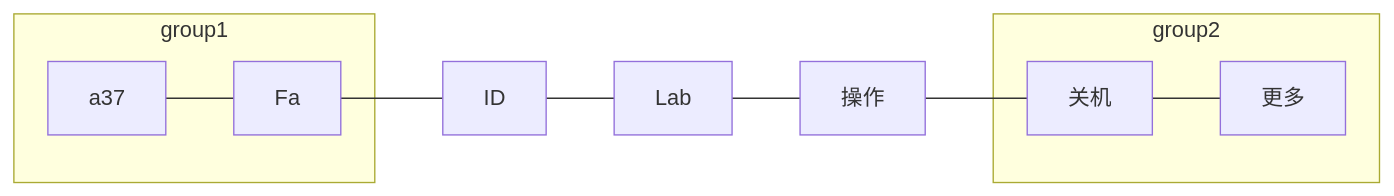
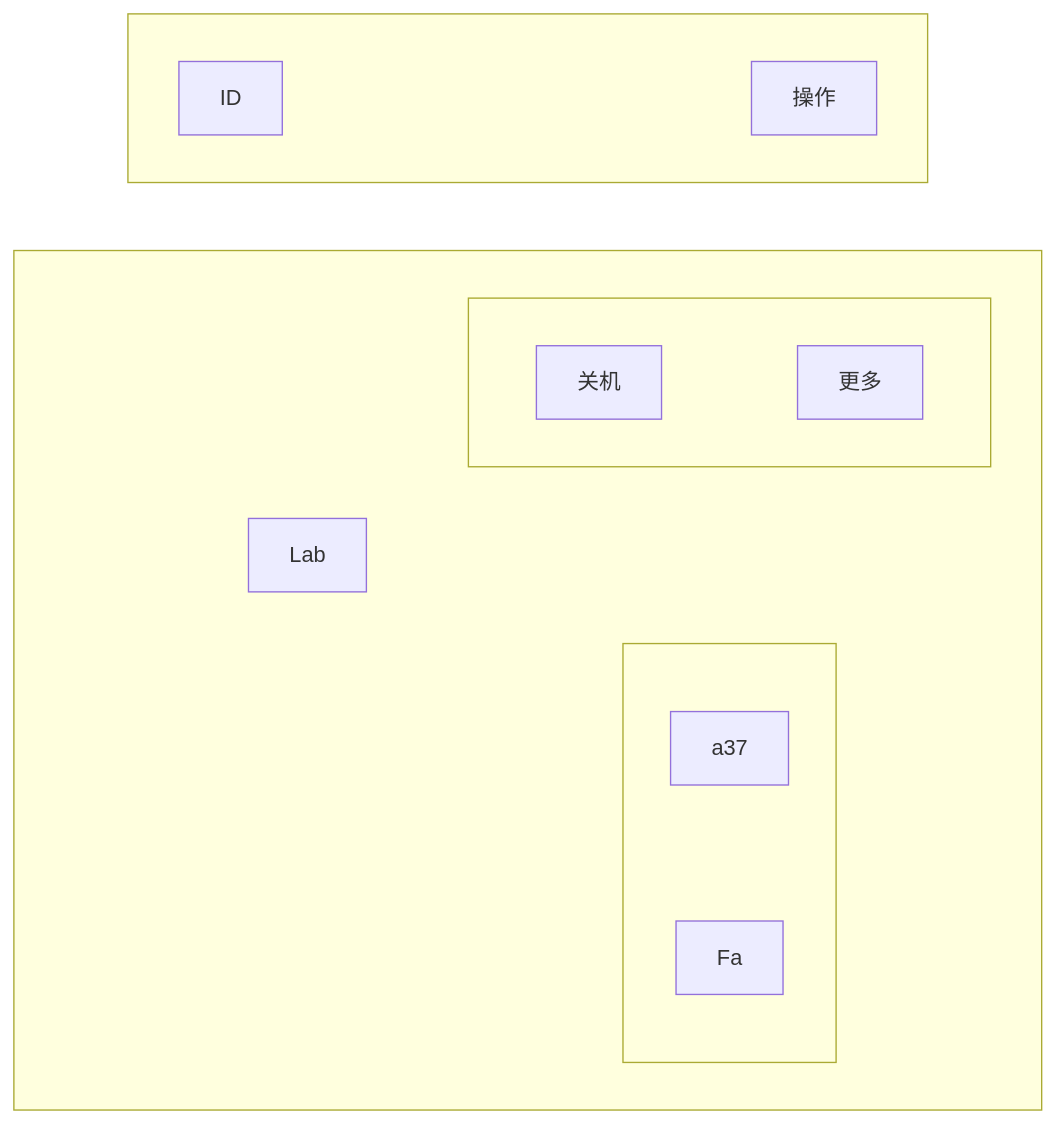
One commit to ShengNW/Rehearsal changed the diagram in EgFaS.md. Above: the diagram before and after it, drawn with Mermaid.

Commit message:
Adjust Mermaid layout to preserve spatial relations

````diff
--- a/EgFaS.md
+++ b/EgFaS.md
@@ -1,19 +1,27 @@
 ```mermaid
-flowchart LR
-  subgraph group1["group1"]
-    A["a37"]
-    B["Fa"]
-    A --- B
+flowchart TB
+  subgraph R1[" "]
+    direction LR
+    ID["ID"] ~~~ S1[" "] ~~~ S2[" "] ~~~ OP["操作"]
   end
 
-  ID["ID"] --- LAB["Lab"] --- OP["操作"]
-
-  subgraph group2["group2"]
-    OFF["关机"]
-    MORE["更多"]
-    OFF --- MORE
+  subgraph R2[" "]
+    direction LR
+    subgraph G1[" "]
+      direction TB
+      A["a37"] ~~~ B["Fa"]
+    end
+    S3[" "] ~~~ LAB["Lab"] ~~~ S4[" "]
+    subgraph G2[" "]
+      direction LR
+      OFF["关机"] ~~~ MORE["更多"]
+    end
   end
 
-  B --- ID
-  OP --- OFF
+  ID ~~~ A
+  S2 ~~~ LAB
+  OP ~~~ OFF
+
+  classDef ghost fill:transparent,stroke:transparent,color:transparent;
+  class S1,S2,S3,S4 ghost;
 ```
````
